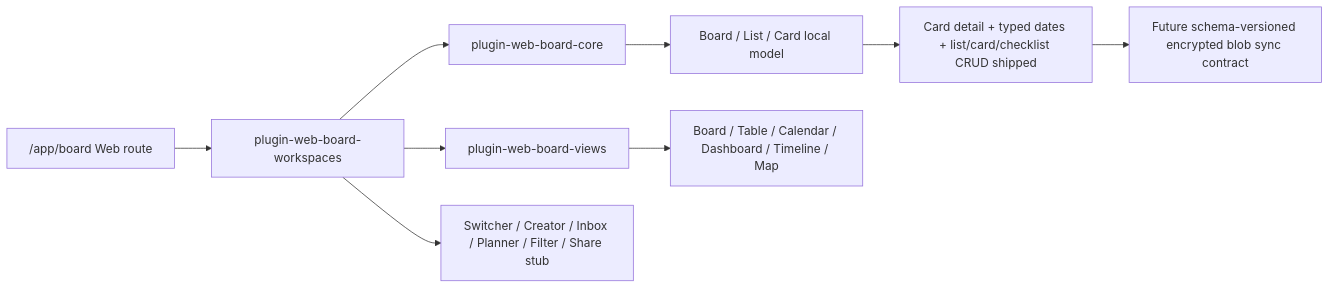
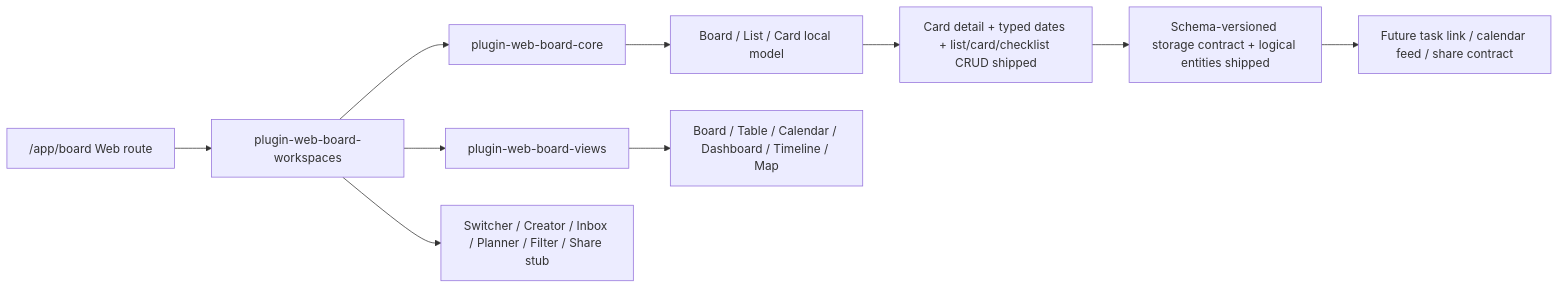
Before and after one commit to jinlong17/XAI_Desktop: the diagram in docs/workflow/roadmap/xai-web-project-module.md, drawn with Mermaid. The commit also changed other lines of this file and 2 other files, not shown here.

Commit message:
docs(web-board-storage-contract): mark shipped

````diff
--- a/docs/workflow/roadmap/xai-web-project-module.md
+++ b/docs/workflow/roadmap/xai-web-project-module.md
@@ -50,11 +50,12 @@
 ```mermaid
 flowchart LR
   A["/app/board Web route"] --> B["plugin-web-board-workspaces"]
   B --> C["plugin-web-board-core"]
   B --> D["plugin-web-board-views"]
   C --> E["Board / List / Card local model"]
   D --> F["Board / Table / Calendar / Dashboard / Timeline / Map"]
   B --> G["Switcher / Creator / Inbox / Planner / Filter / Share stub"]
   E --> H["Card detail + typed dates + list/card/checklist CRUD shipped"]
-  H --> I["Future schema-versioned encrypted blob sync contract"]
+  H --> I["Schema-versioned storage contract + logical entities shipped"]
+  I --> J["Future task link / calendar feed / share contract"]
 ```
````
